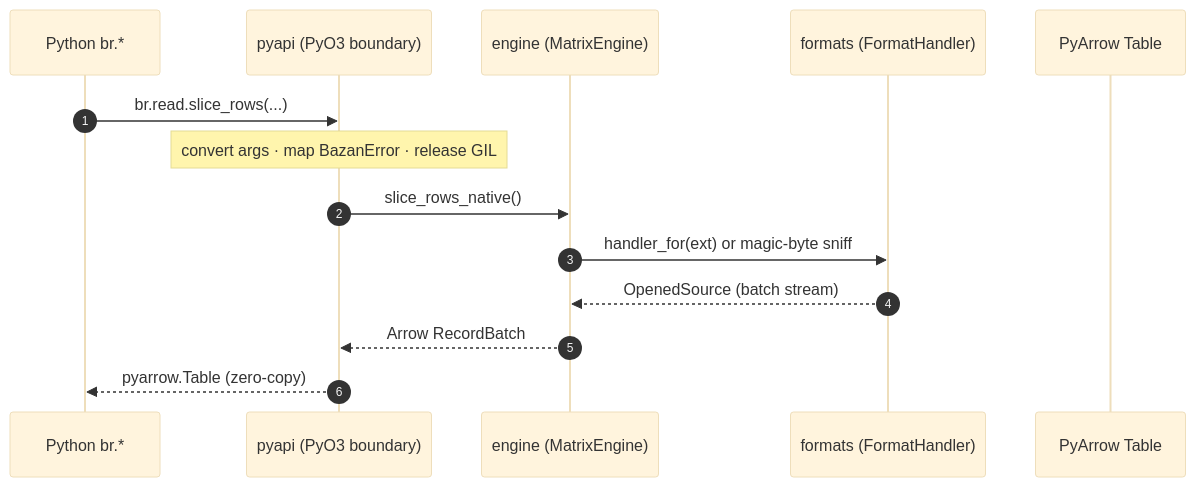
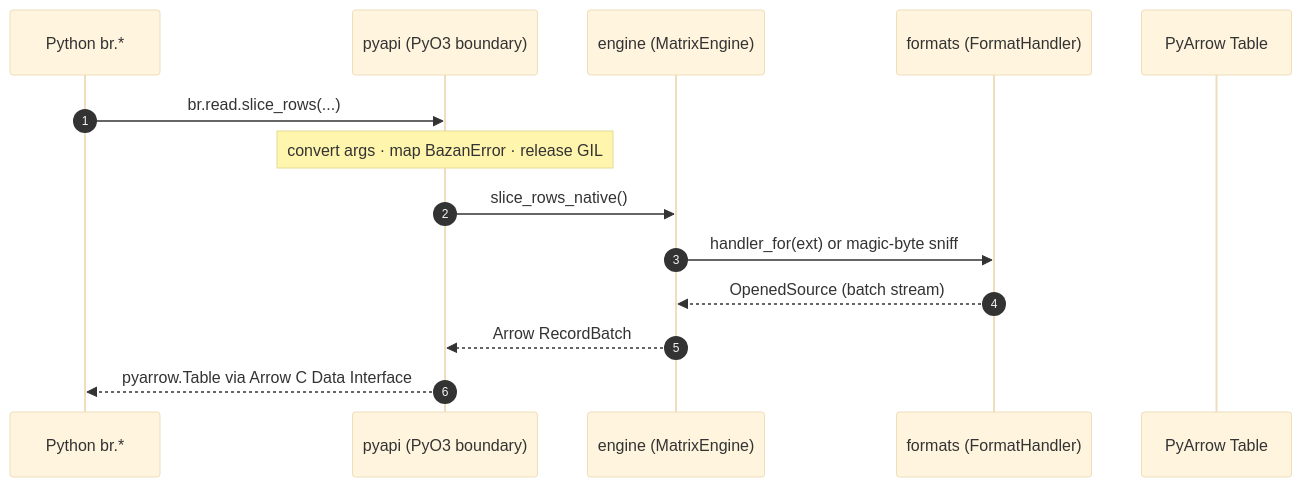
Before and after one commit to VanDung-dev/basaltic-red: the diagram in docs/en/architecture/overview.md, drawn with Mermaid (base theme). The commit also changed other lines of this file and 33 other files, not shown here.

First line of the commit message:
docs(architecture): refine descriptions of DataFusion readers and Lake Map options

````diff
--- a/docs/en/architecture/overview.md
+++ b/docs/en/architecture/overview.md
@@ -39,17 +39,17 @@
 ```mermaid
 sequenceDiagram
     autonumber
     participant PY as Python br.*
     participant API as pyapi (PyO3 boundary)
     participant ENG as engine (MatrixEngine)
     participant FMT as formats (FormatHandler)
     participant OUT as PyArrow Table
 
     PY->>API: br.read.slice_rows(...)
     note over API: convert args · map BazanError · release GIL
     API->>ENG: slice_rows_native()
     ENG->>FMT: handler_for(ext) or magic-byte sniff
     FMT-->>ENG: OpenedSource (batch stream)
     ENG-->>API: Arrow RecordBatch
-    API-->>PY: pyarrow.Table (zero-copy)
+    API-->>PY: pyarrow.Table via Arrow C Data Interface
 ```
````
